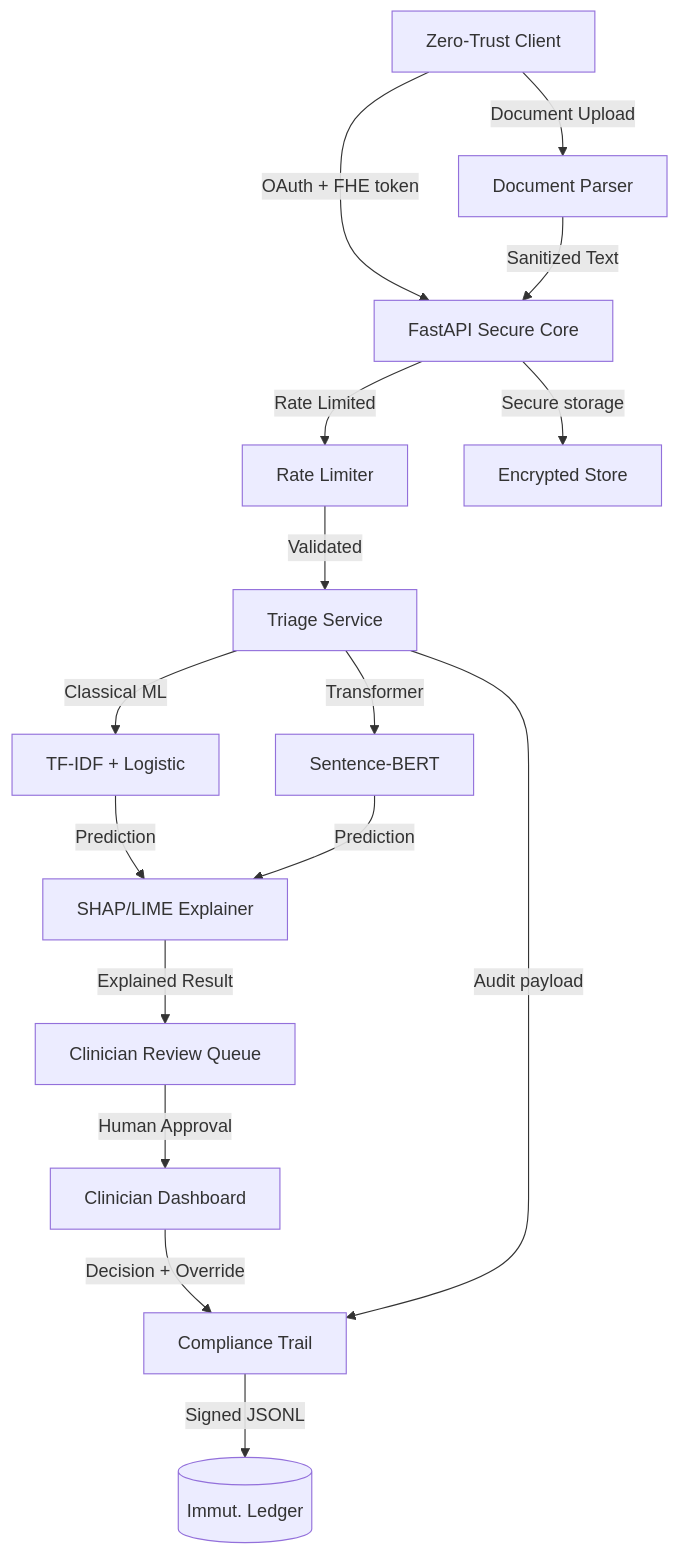
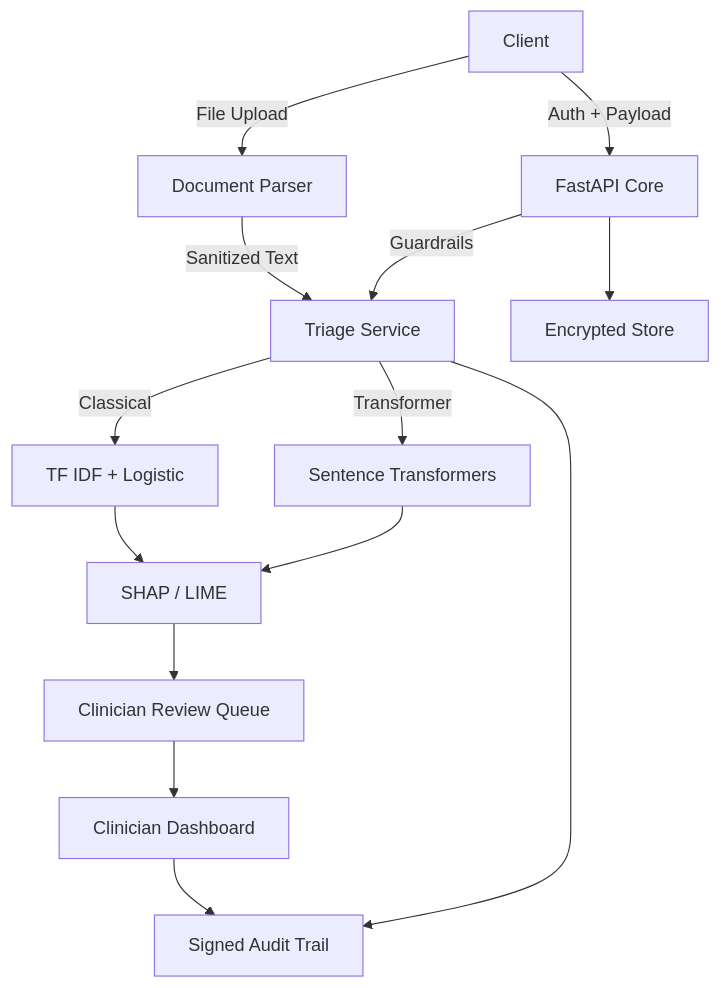
Before and after one commit to vanessamadison/caresense: the diagram in README.md, drawn with Mermaid. The commit also changed other lines of this file and 26 other files, not shown here.

````diff
--- a/README.md
+++ b/README.md
@@ -69,23 +44,21 @@
 ```mermaid
 flowchart TB
-    Client[Zero-Trust Client] -->|OAuth + FHE token| API[FastAPI Secure Core]
-    Client -->|Document Upload| DocParser[Document Parser]
+    Client[Client] -->|Auth + Payload| API[FastAPI Core]
+    Client -->|File Upload| Parser[Document Parser]
 
-    DocParser -->|Sanitized Text| API
-    API -->|Rate Limited| RateLimit[Rate Limiter]
-    RateLimit -->|Validated| Triage[Triage Service]
+    Parser -->|Sanitized Text| Triage[Triage Service]
+    API -->|Guardrails| Triage
 
-    Triage -->|Classical ML| Model1[TF-IDF + Logistic]
-    Triage -->|Transformer| Model2[Sentence-BERT]
+    Triage -->|Classical| Classical[TF IDF + Logistic]
+    Triage -->|Transformer| Transformer[Sentence Transformers]
 
-    Model1 -->|Prediction| Explain[SHAP/LIME Explainer]
-    Model2 -->|Prediction| Explain
+    Classical --> Explain[SHAP / LIME]
+    Transformer --> Explain
 
-    Explain -->|Explained Result| ReviewQueue[Clinician Review Queue]
-    ReviewQueue -->|Human Approval| Clinician[Clinician Dashboard]
+    Explain --> Review[Clinician Review Queue]
+    Review --> Dashboard[Clinician Dashboard]
 
-    Clinician -->|Decision + Override| Audit[Compliance Trail]
-    Triage -->|Audit payload| Audit
-    API -->|Secure storage| Vault[Encrypted Store]
-    Audit -->|Signed JSONL| Ledger[(Immut. Ledger)]
+    Dashboard --> Audit[Signed Audit Trail]
+    Triage --> Audit
+    API --> Vault[Encrypted Store]
 ```
````
